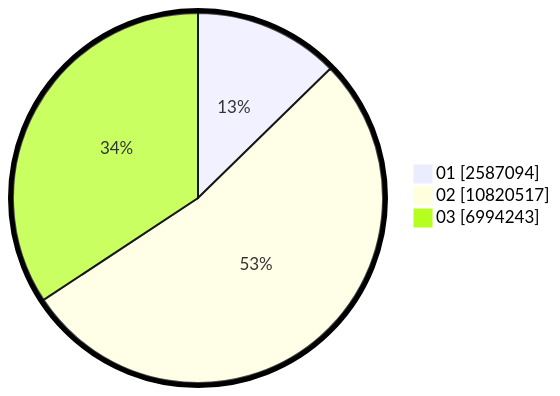
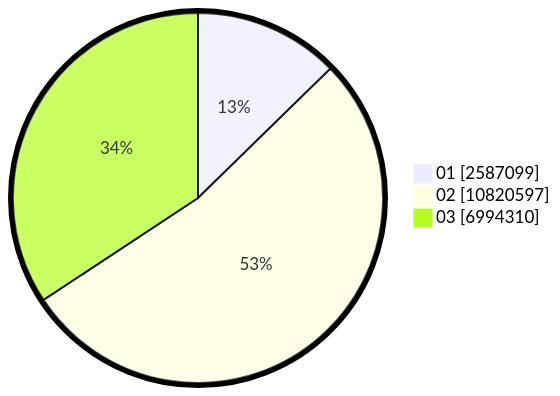
One commit to gigit-pemilu/pemilu-2024 changed the second of 2 diagrams in pilpres/hitung-suara/sub/table-wilayah-33.md. Above: the diagram before and after it, drawn with Mermaid. The commit also changed other lines of this file and 7 other files, not shown here.

````diff
--- a/pilpres/hitung-suara/sub/table-wilayah-33.md
+++ b/pilpres/hitung-suara/sub/table-wilayah-33.md
@@ -15,7 +15,7 @@
 ```mermaid
 %%{init: {"pie": {"textPosition": 0.5}, "themeVariables": {"pieOuterStrokeWidth": "5px"}} }%%
 pie showData
-    "01" : 2587094
-    "02" : 10820517
-    "03" : 6994243
+    "01" : 2587099
+    "02" : 10820597
+    "03" : 6994310
 ```
````
